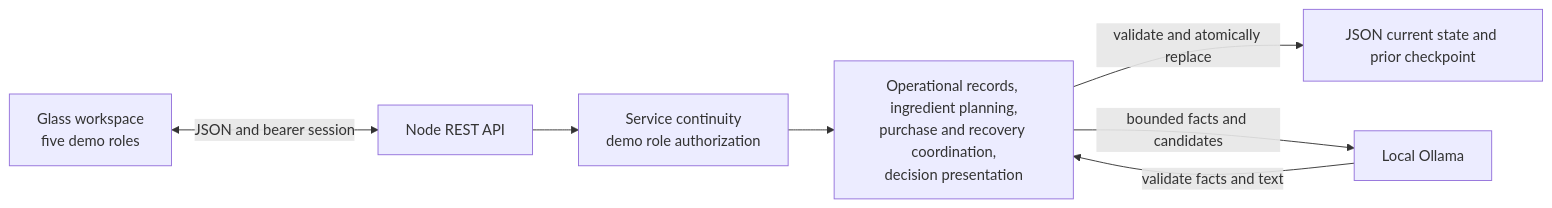
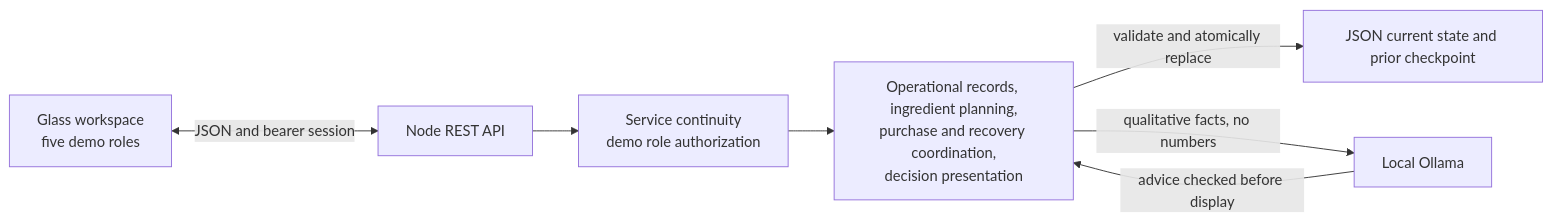
Before and after one commit to sysen5151-fall2026/team16: the diagram in classroom-demo/README.md, drawn with Mermaid. The commit also changed other lines of this file and 12 other files, not shown here.

First line of the commit message:
Let the local model write checked advice instead of copying candidates

```diff
--- a/classroom-demo/README.md
+++ b/classroom-demo/README.md
@@ -60,9 +60,9 @@
 ~~~mermaid
 flowchart LR
   UI["Glass workspace<br/>five demo roles"] <-->|"JSON and bearer session"| HTTP["Node REST API"]
   HTTP --> Access["Service continuity<br/>demo role authorization"]
   Access --> Work["Operational records, ingredient planning,<br/>purchase and recovery coordination,<br/>decision presentation"]
   Work -->|"validate and atomically replace"| Store["JSON current state and prior checkpoint"]
-  Work -->|"bounded facts and candidates"| Ollama["Local Ollama"]
-  Ollama -->|"validate facts and text"| Work
+  Work -->|"qualitative facts, no numbers"| Ollama["Local Ollama"]
+  Ollama -->|"advice checked before display"| Work
 ~~~
```
